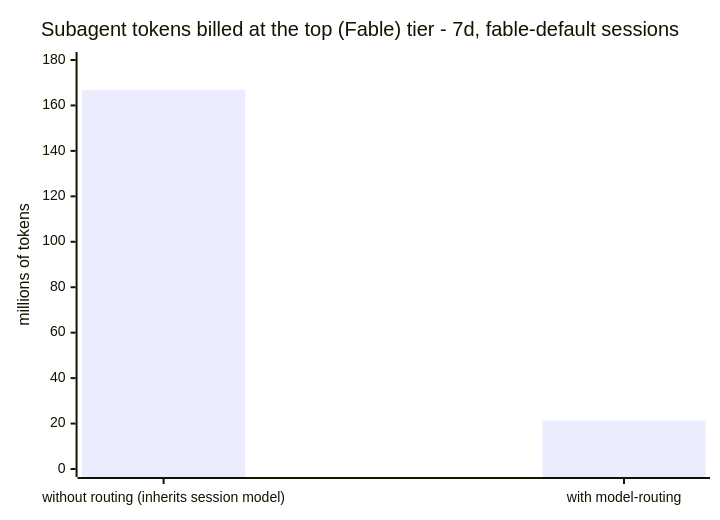
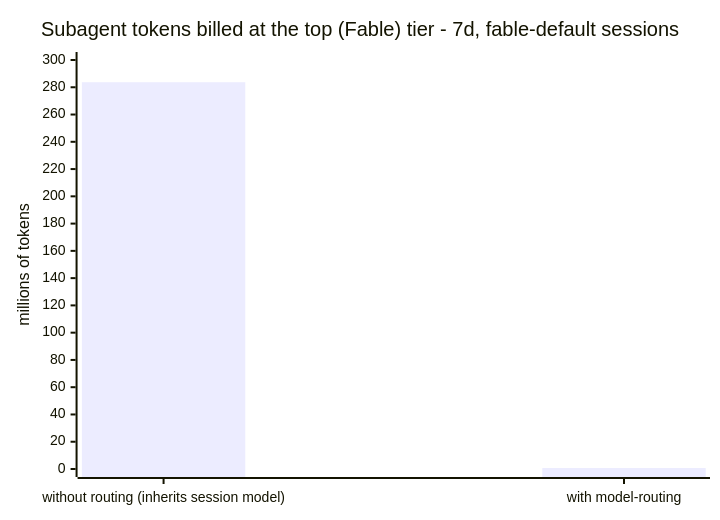
One commit to AqueGen/model-routing changed the first of 3 diagrams in README.md. Above: the diagram before and after it, drawn with Mermaid. The commit also changed other lines of this file and 3 other files, not shown here.

````diff
--- a/README.md
+++ b/README.md
@@ -91,7 +83,7 @@
 ```mermaid
 xychart-beta
     title "Subagent tokens billed at the top (Fable) tier - 7d, fable-default sessions"
     x-axis ["without routing (inherits session model)", "with model-routing"]
-    y-axis "millions of tokens" 0 --> 180
-    bar [166.8, 21.4]
+    y-axis "millions of tokens" 0 --> 300
+    bar [283.7, 0.7]
 ```
````
